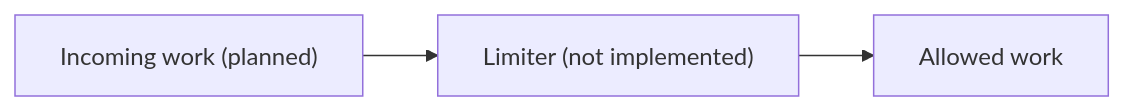
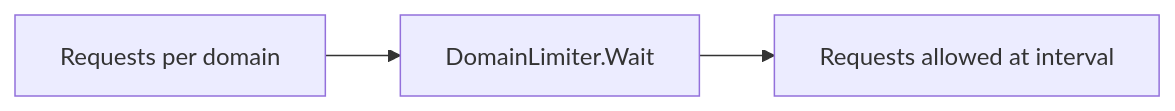
Before and after one commit to bijay-develops/Concurrent-Web-Crawler-with-Pluggable-Pipelines: the diagram in docs/internal/pipeline/limiter.go.md, drawn with Mermaid. The commit also changed other lines of this file and 5 other files, not shown here.

````diff
--- a/docs/internal/pipeline/limiter.go.md
+++ b/docs/internal/pipeline/limiter.go.md
@@ -29,5 +37,5 @@
 ```mermaid
 flowchart LR
-  A["Incoming work (planned)"] --> B["Limiter (not implemented)"]
-  B --> C["Allowed work"]
+  A["Requests per domain"] --> B["DomainLimiter.Wait"]
+  B --> C["Requests allowed at interval"]
 ```
````
